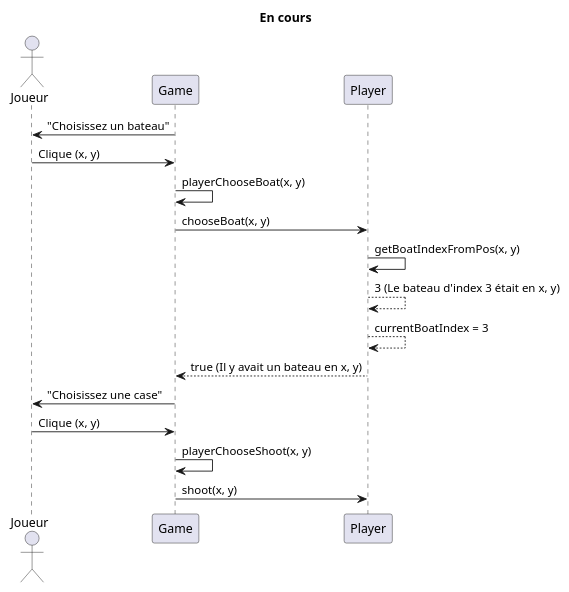
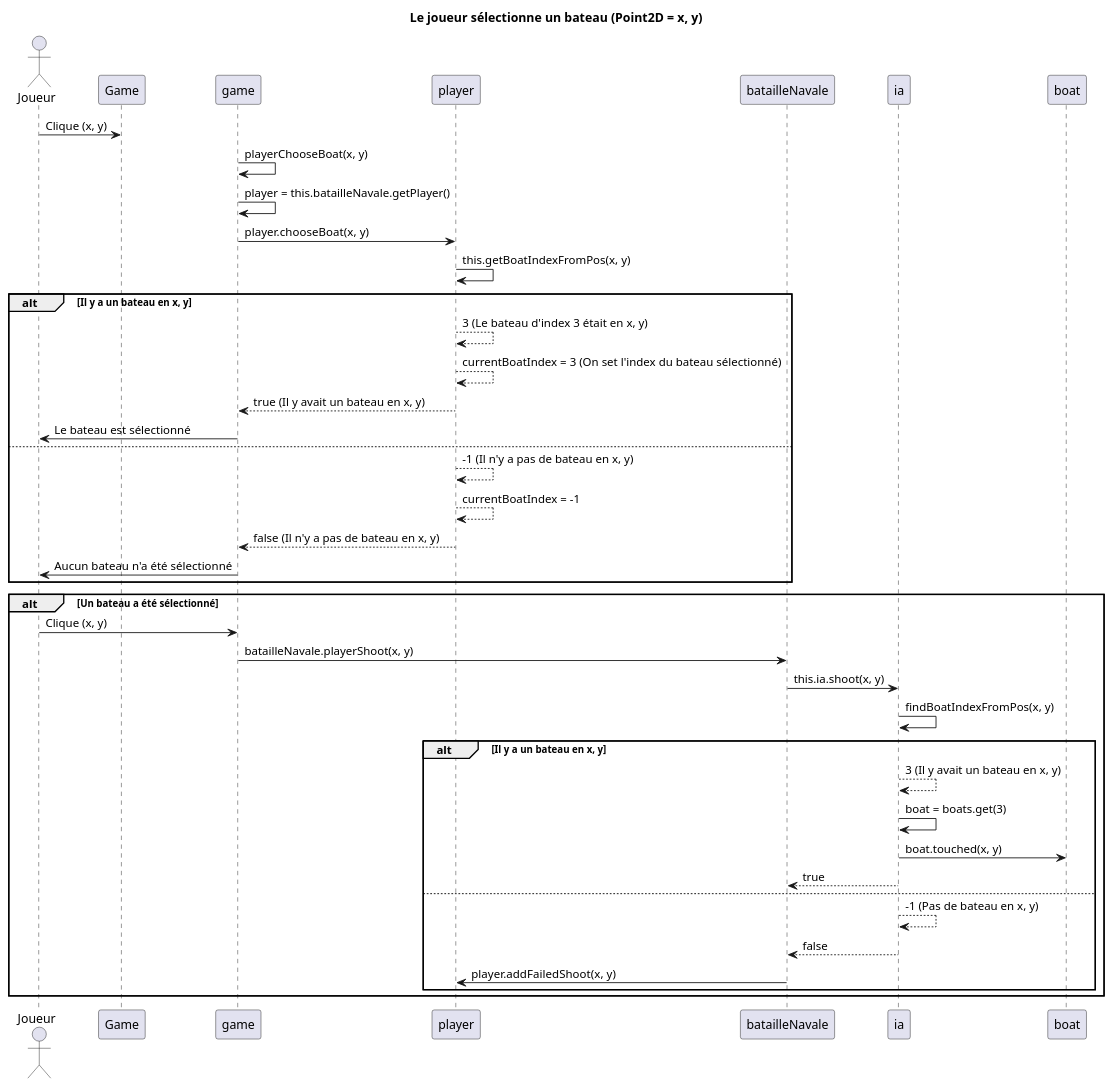
The diagram in conception/diag_seq_player_shoot.plantuml (AntoineCourtil/CAD2018_Laraclette), drawn with PlantUML before and after one commit. The commit also changed 2 other files, not shown here.

```diff
--- a/conception/diag_seq_player_shoot.plantuml
+++ b/conception/diag_seq_player_shoot.plantuml
@@ -1,21 +1,43 @@
 @startuml
 
-title En cours
+title Le joueur sélectionne un bateau (Point2D = x, y)
 
 actor Joueur
-Game -> Joueur : "Choisissez un bateau"
 Joueur -> Game : Clique (x, y)
-Game -> Game : playerChooseBoat(x, y)
-Game -> Player : chooseBoat(x, y)
-Player -> Player : getBoatIndexFromPos(x, y)
-Player --> Player : 3 (Le bateau d'index 3 était en x, y)
-Player --> Player : currentBoatIndex = 3
-Player --> Game : true (Il y avait un bateau en x, y)
 
-Game -> Joueur : "Choisissez une case"
-Joueur -> Game : Clique (x, y)
-Game -> Game : playerChooseShoot(x, y)
-Game -> Player : shoot(x, y)
+game -> game : playerChooseBoat(x, y)
+game -> game : player = this.batailleNavale.getPlayer()
+game -> player : player.chooseBoat(x, y)
+player -> player : this.getBoatIndexFromPos(x, y)
+alt Il y a un bateau en x, y
+    player --> player : 3 (Le bateau d'index 3 était en x, y)
+    player --> player : currentBoatIndex = 3 (On set l'index du bateau sélectionné)
+    player --> game : true (Il y avait un bateau en x, y)
+    game -> Joueur : Le bateau est sélectionné
+else
+    player --> player : -1 (Il n'y a pas de bateau en x, y)
+    player --> player : currentBoatIndex = -1
+    player --> game : false (Il n'y a pas de bateau en x, y)
+    game -> Joueur : Aucun bateau n'a été sélectionné
+end
+
+alt Un bateau a été sélectionné
+    Joueur -> game : Clique (x, y)
+    game -> batailleNavale : batailleNavale.playerShoot(x, y)
+    batailleNavale -> ia : this.ia.shoot(x, y)
+    ia -> ia : findBoatIndexFromPos(x, y)
+    alt Il y a un bateau en x, y
+        ia --> ia : 3 (Il y avait un bateau en x, y)
+        ia -> ia : boat = boats.get(3)
+        ia -> boat : boat.touched(x, y) 
+        ia --> batailleNavale : true
+    else 
+        ia --> ia : -1 (Pas de bateau en x, y)
+        ia --> batailleNavale : false
+        batailleNavale -> player : player.addFailedShoot(x, y)
+    end 
+end
+
 
 
 @enduml
```
